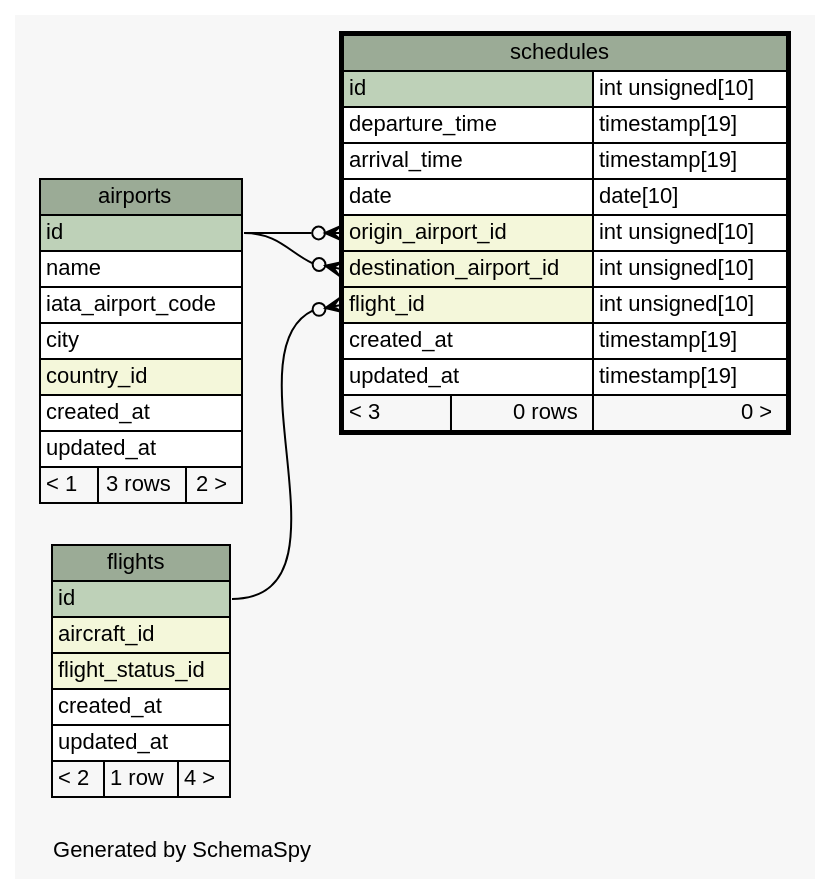
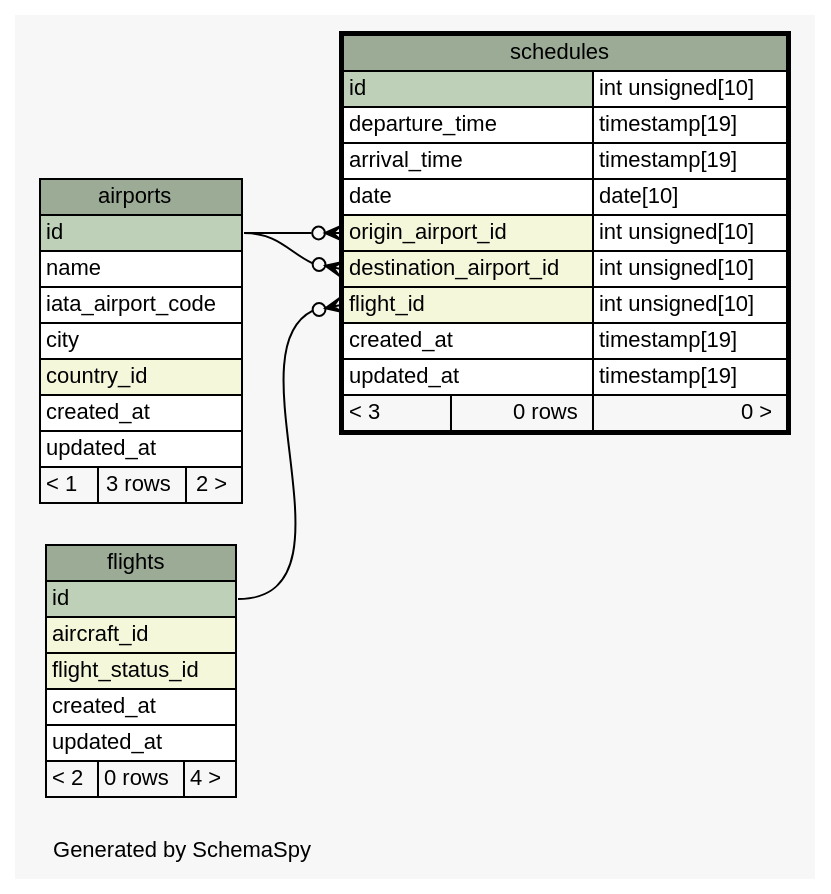
One commit to joaonzangoII/flightbookingsystem changed the diagram in web/app/database/schema/diagrams/schedules.1degree.dot. Above: the diagram before and after it, drawn with Graphviz. The commit also changed 149 other files, not shown here.

```diff
--- a/web/app/database/schema/diagrams/schedules.1degree.dot
+++ b/web/app/database/schema/diagrams/schedules.1degree.dot
@@ -1,73 +1,73 @@
 // dot 2.38.0 on Linux 4.8.0-46-generic
 // SchemaSpy rev 590
 digraph "oneDegreeRelationshipsDiagram" {
   graph [
     rankdir="RL"
     bgcolor="#f7f7f7"
     label="\nGenerated by SchemaSpy"
     labeljust="l"
     nodesep="0.18"
     ranksep="0.46"
     fontname="Helvetica"
     fontsize="11"
   ];
   node [
     fontname="Helvetica"
     fontsize="11"
     shape="plaintext"
   ];
   edge [
     arrowsize="0.8"
   ];
   "schedules":"destination_airport_id":w -> "airports":"id":e [arrowhead=none dir=back arrowtail=crowodot];
   "schedules":"flight_id":w -> "flights":"id":e [arrowhead=none dir=back arrowtail=crowodot];
   "schedules":"origin_airport_id":w -> "airports":"id":e [arrowhead=none dir=back arrowtail=crowodot];
   "airports" [
     label=<
     <TABLE BORDER="0" CELLBORDER="1" CELLSPACING="0" BGCOLOR="#ffffff">
       <TR><TD COLSPAN="3" BGCOLOR="#9bab96" ALIGN="CENTER">airports</TD></TR>
       <TR><TD PORT="id" COLSPAN="3" BGCOLOR="#bed1b8" ALIGN="LEFT">id</TD></TR>
       <TR><TD PORT="name" COLSPAN="3" ALIGN="LEFT">name</TD></TR>
       <TR><TD PORT="iata_airport_code" COLSPAN="3" ALIGN="LEFT">iata_airport_code</TD></TR>
       <TR><TD PORT="city" COLSPAN="3" ALIGN="LEFT">city</TD></TR>
       <TR><TD PORT="country_id" COLSPAN="3" BGCOLOR="#f4f7da" ALIGN="LEFT">country_id</TD></TR>
       <TR><TD PORT="created_at" COLSPAN="3" ALIGN="LEFT">created_at</TD></TR>
       <TR><TD PORT="updated_at" COLSPAN="3" ALIGN="LEFT">updated_at</TD></TR>
       <TR><TD ALIGN="LEFT" BGCOLOR="#f7f7f7">&lt; 1</TD><TD ALIGN="RIGHT" BGCOLOR="#f7f7f7">3 rows</TD><TD ALIGN="RIGHT" BGCOLOR="#f7f7f7">2 &gt;</TD></TR>
     </TABLE>>
     URL="airports.html"
     tooltip="airports"
   ];
   "flights" [
     label=<
     <TABLE BORDER="0" CELLBORDER="1" CELLSPACING="0" BGCOLOR="#ffffff">
       <TR><TD COLSPAN="3" BGCOLOR="#9bab96" ALIGN="CENTER">flights</TD></TR>
       <TR><TD PORT="id" COLSPAN="3" BGCOLOR="#bed1b8" ALIGN="LEFT">id</TD></TR>
       <TR><TD PORT="aircraft_id" COLSPAN="3" BGCOLOR="#f4f7da" ALIGN="LEFT">aircraft_id</TD></TR>
       <TR><TD PORT="flight_status_id" COLSPAN="3" BGCOLOR="#f4f7da" ALIGN="LEFT">flight_status_id</TD></TR>
       <TR><TD PORT="created_at" COLSPAN="3" ALIGN="LEFT">created_at</TD></TR>
       <TR><TD PORT="updated_at" COLSPAN="3" ALIGN="LEFT">updated_at</TD></TR>
-      <TR><TD ALIGN="LEFT" BGCOLOR="#f7f7f7">&lt; 2</TD><TD ALIGN="RIGHT" BGCOLOR="#f7f7f7">1 row</TD><TD ALIGN="RIGHT" BGCOLOR="#f7f7f7">4 &gt;</TD></TR>
+      <TR><TD ALIGN="LEFT" BGCOLOR="#f7f7f7">&lt; 2</TD><TD ALIGN="RIGHT" BGCOLOR="#f7f7f7">0 rows</TD><TD ALIGN="RIGHT" BGCOLOR="#f7f7f7">4 &gt;</TD></TR>
     </TABLE>>
     URL="flights.html"
     tooltip="flights"
   ];
   "schedules" [
     label=<
     <TABLE BORDER="2" CELLBORDER="1" CELLSPACING="0" BGCOLOR="#ffffff">
       <TR><TD COLSPAN="3" BGCOLOR="#9bab96" ALIGN="CENTER">schedules</TD></TR>
       <TR><TD PORT="id" COLSPAN="2" BGCOLOR="#bed1b8" ALIGN="LEFT">id</TD><TD PORT="id.type" ALIGN="LEFT">int unsigned[10]</TD></TR>
       <TR><TD PORT="departure_time" COLSPAN="2" ALIGN="LEFT">departure_time</TD><TD PORT="departure_time.type" ALIGN="LEFT">timestamp[19]</TD></TR>
       <TR><TD PORT="arrival_time" COLSPAN="2" ALIGN="LEFT">arrival_time</TD><TD PORT="arrival_time.type" ALIGN="LEFT">timestamp[19]</TD></TR>
       <TR><TD PORT="date" COLSPAN="2" ALIGN="LEFT">date</TD><TD PORT="date.type" ALIGN="LEFT">date[10]</TD></TR>
       <TR><TD PORT="origin_airport_id" COLSPAN="2" BGCOLOR="#f4f7da" ALIGN="LEFT">origin_airport_id</TD><TD PORT="origin_airport_id.type" ALIGN="LEFT">int unsigned[10]</TD></TR>
       <TR><TD PORT="destination_airport_id" COLSPAN="2" BGCOLOR="#f4f7da" ALIGN="LEFT">destination_airport_id</TD><TD PORT="destination_airport_id.type" ALIGN="LEFT">int unsigned[10]</TD></TR>
       <TR><TD PORT="flight_id" COLSPAN="2" BGCOLOR="#f4f7da" ALIGN="LEFT">flight_id</TD><TD PORT="flight_id.type" ALIGN="LEFT">int unsigned[10]</TD></TR>
       <TR><TD PORT="created_at" COLSPAN="2" ALIGN="LEFT">created_at</TD><TD PORT="created_at.type" ALIGN="LEFT">timestamp[19]</TD></TR>
       <TR><TD PORT="updated_at" COLSPAN="2" ALIGN="LEFT">updated_at</TD><TD PORT="updated_at.type" ALIGN="LEFT">timestamp[19]</TD></TR>
       <TR><TD ALIGN="LEFT" BGCOLOR="#f7f7f7">&lt; 3</TD><TD ALIGN="RIGHT" BGCOLOR="#f7f7f7">0 rows</TD><TD ALIGN="RIGHT" BGCOLOR="#f7f7f7">0 &gt;</TD></TR>
     </TABLE>>
     URL="schedules.html"
     tooltip="schedules"
   ];
 }
```
